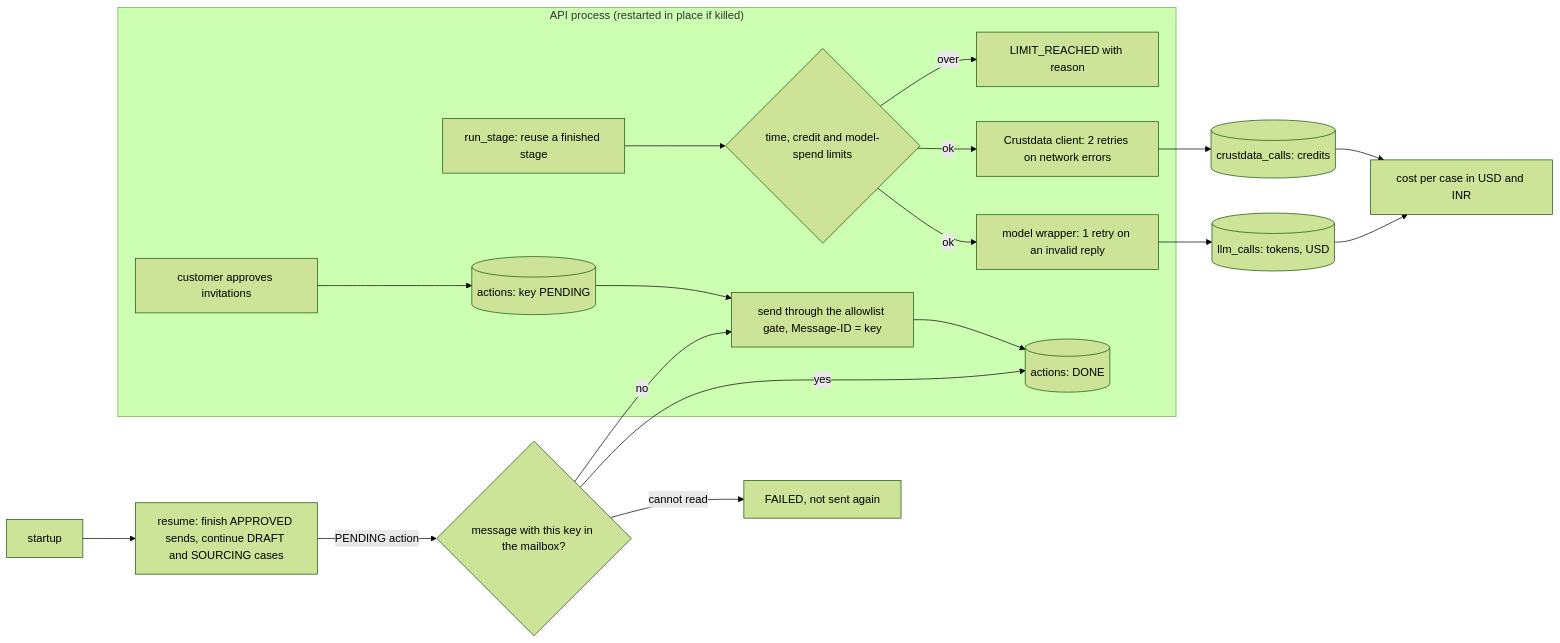
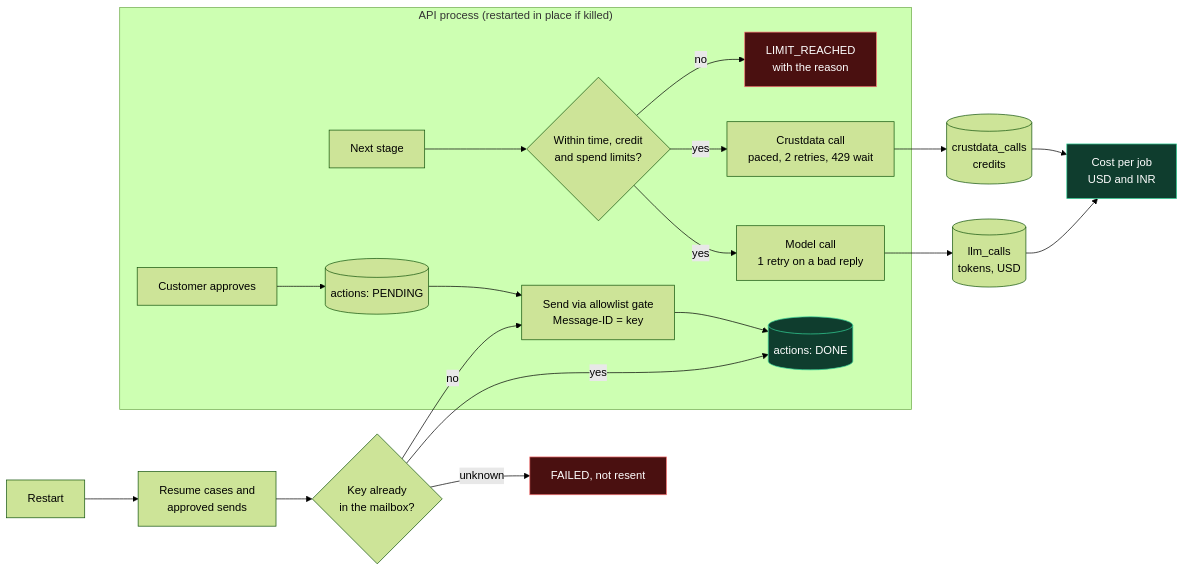
One commit to team-ananya-dev/Synex changed the fourth of 4 diagrams in docs/ARCHITECTURE.md. Above: the diagram before and after it, drawn with Mermaid (forest theme). The commit also changed other lines of this file and 3 other files, not shown here.

Commit message:
docs, web: fix README diagram, simpler architecture section with a guard table, favicon

````diff
--- a/docs/ARCHITECTURE.md
+++ b/docs/ARCHITECTURE.md
@@ -108,20 +108,25 @@
 ```mermaid
 flowchart LR
-  subgraph API["API process (restarted in place if killed)"]
-    RS[run_stage: reuse a finished stage] --> LIM{time, credit and model-spend limits}
-    LIM -- over --> LR[LIMIT_REACHED with reason]
-    LIM -- ok --> CD[Crustdata client: 2 retries on network errors]
-    LIM -- ok --> LLM[model wrapper: 1 retry on an invalid reply]
-    APP[customer approves invitations] --> ACT[(actions: key PENDING)]
-    ACT --> SMTP[send through the allowlist gate, Message-ID = key]
-    SMTP --> DONE[(actions: DONE)]
+  subgraph APIPROC["API process (restarted in place if killed)"]
+    STG[Next stage] --> LIM{Within time, credit<br/>and spend limits?}
+    LIM -- no --> STOP[LIMIT_REACHED<br/>with the reason]
+    LIM -- yes --> CDC[Crustdata call<br/>paced, 2 retries, 429 wait]
+    LIM -- yes --> AIC[Model call<br/>1 retry on a bad reply]
+    OK[Customer approves] --> PEND[(actions: PENDING)]
+    PEND --> SEND[Send via allowlist gate<br/>Message-ID = key]
+    SEND --> DONEROW[(actions: DONE)]
   end
-  CD --> COST[(crustdata_calls: credits)]
-  LLM --> COST2[(llm_calls: tokens, USD)]
-  COST & COST2 --> VIEW[cost per case in USD and INR]
-  START[startup] --> RES[resume: finish APPROVED sends, continue DRAFT and SOURCING cases]
-  RES -->|PENDING action| MB{message with this key in the mailbox?}
-  MB -- yes --> DONE
-  MB -- no --> SMTP
-  MB -- cannot read --> NO[FAILED, not sent again]
+  CDC --> CLOG[(crustdata_calls<br/>credits)]
+  AIC --> LLOG[(llm_calls<br/>tokens, USD)]
+  CLOG --> COSTV[Cost per job<br/>USD and INR]
+  LLOG --> COSTV
+  BOOT[Restart] --> RESUME[Resume cases and<br/>approved sends]
+  RESUME --> CHECK{Key already<br/>in the mailbox?}
+  CHECK -- yes --> DONEROW
+  CHECK -- no --> SEND
+  CHECK -- unknown --> HOLD[FAILED, not resent]
+  classDef bad fill:#4a1010,stroke:#f87171,color:#fff
+  classDef good fill:#0f3d2e,stroke:#34d399,color:#fff
+  class STOP,HOLD bad
+  class DONEROW,COSTV good
 ```
````
